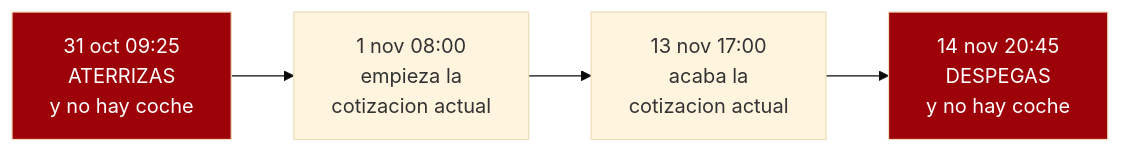
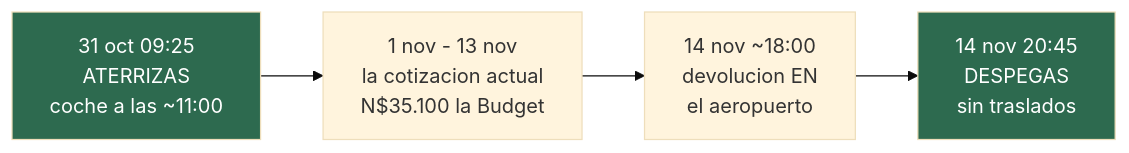
The third of 8 diagrams in 02-presupuesto.md (morandeirachema/namibia), drawn with Mermaid (base theme) before and after one commit. The commit also changed other lines of this file and 13 other files, not shown here.

````diff
--- a/02-presupuesto.md
+++ b/02-presupuesto.md
@@ -115,8 +118,8 @@
 ```mermaid
 flowchart LR
-    A["31 oct 09:25<br/>ATERRIZAS<br/>y no hay coche"] --> B["1 nov 08:00<br/>empieza la<br/>cotizacion actual"]
-    B --> C["13 nov 17:00<br/>acaba la<br/>cotizacion actual"]
-    C --> D["14 nov 20:45<br/>DESPEGAS<br/>y no hay coche"]
-    style A fill:#9d0208,color:#fff
-    style D fill:#9d0208,color:#fff
+    A["31 oct 09:25<br/>ATERRIZAS<br/>coche a las ~11:00"] --> B["1 nov - 13 nov<br/>la cotizacion actual<br/>N$35.100 la Budget"]
+    B --> C["14 nov ~18:00<br/>devolucion EN<br/>el aeropuerto"]
+    C --> D["14 nov 20:45<br/>DESPEGAS<br/>sin traslados"]
+    style A fill:#2d6a4f,color:#fff
+    style D fill:#2d6a4f,color:#fff
 ```
````
